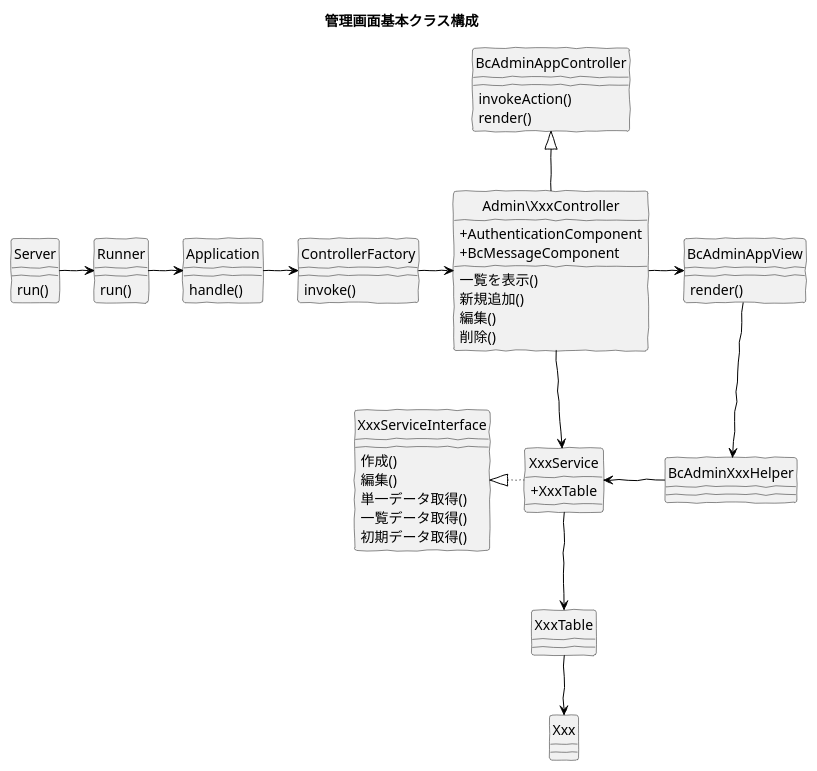
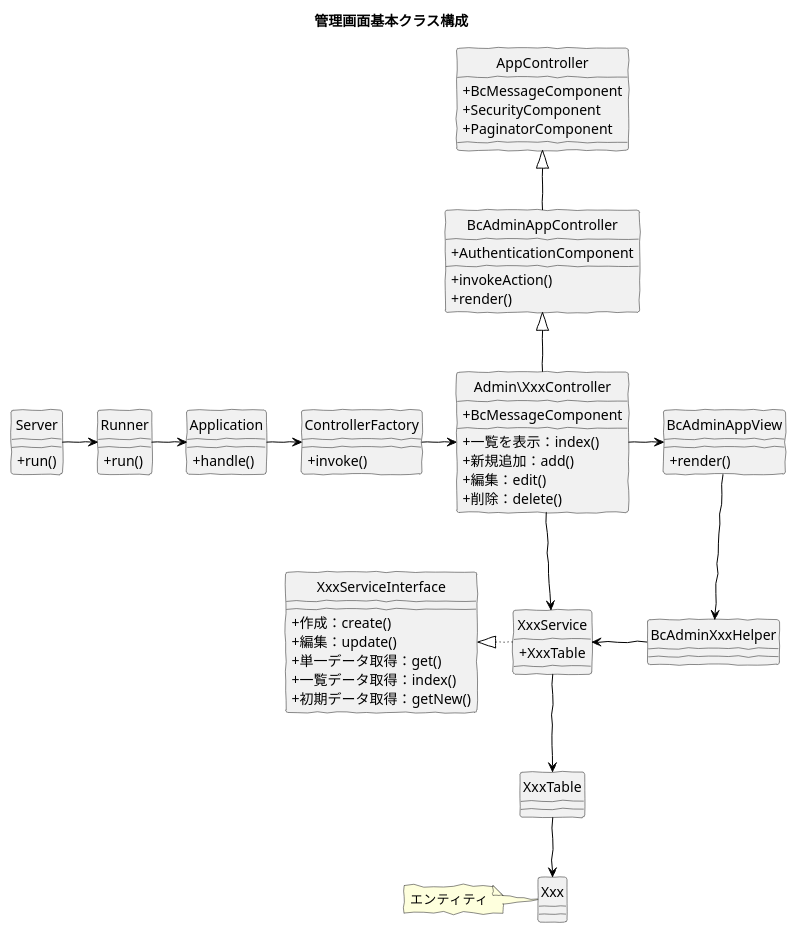
The diagram in src/puml/5/ucmitz/class/basic_manage.puml (baserproject/baserproject.github.io), drawn with PlantUML before and after one commit. The commit also changed 12 other files, not shown here.

Commit message:
クラス図を調整

```diff
--- a/src/puml/5/ucmitz/class/basic_manage.puml
+++ b/src/puml/5/ucmitz/class/basic_manage.puml
@@ -1,84 +1,96 @@
 @startuml
 skinparam handwritten true
 hide circle
 skinparam classAttributeIconSize 0
 
 title 管理画面基本クラス構成
 
 class Server {
-  run()
+  + run()
 }
 
 class Runner {
-  run()
+  + run()
 }
 
 class Application {
-  handle()
+  + handle()
 }
 
 class ControllerFactory {
-  invoke()
+  + invoke()
 }
 
 class Admin\XxxController {
-  + AuthenticationComponent
   + BcMessageComponent 
-  一覧を表示()
-  新規追加()
-  編集()
-  削除()
+  + 一覧を表示：index()
+  + 新規追加：add()
+  + 編集：edit()
+  + 削除：delete()
 }
 
 class BcAdminAppController {
-  invokeAction()
-  render()
+  + AuthenticationComponent
+  + invokeAction()
+  + render()
 }
 
 class BcAdminAppView {
-  render()
+  + render()
+}
+
+class AppController {
+  + BcMessageComponent 
+  + SecurityComponent
+  + PaginatorComponent
 }
 
 class BcAdminXxxHelper {
 }
 
 class XxxService {
   + XxxTable
 }
 
 class XxxServiceInterface {
-  作成()
-  編集()
-  単一データ取得()
-  一覧データ取得()
-  初期データ取得()
+  + 作成：create()
+  + 編集：update()
+  + 単一データ取得：get()
+  + 一覧データ取得：index()
+  + 初期データ取得：getNew()
 }
 
 class XxxTable {
 }
 
 class Xxx {
 }
+
+note left
+エンティティ
+endnote
 
 Server -right[#Black]-> Runner
 
 Runner -right[#Black]-> Application
 
 Application -right[#Black]-> ControllerFactory
 
 ControllerFactory -right[#Black]-> Admin\XxxController
 
 Admin\XxxController -right[#Black]-> BcAdminAppView
 Admin\XxxController -down[#Black]-> XxxService
 Admin\XxxController -up[#Black]-|> BcAdminAppController
 
+BcAdminAppController -up[#Black]-|> AppController
+
 BcAdminAppView -down[#Black]-> BcAdminXxxHelper
 
 BcAdminXxxHelper -left[#Black]-> XxxService
 
 XxxService -down[#Black]-> XxxTable
 XxxService -left[dotted,#Black]-|> XxxServiceInterface
 
 XxxTable -down[#Black]-> Xxx
 
 @enduml
```
